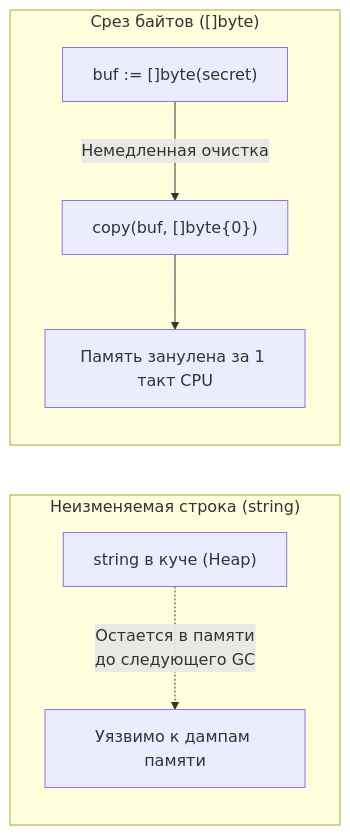
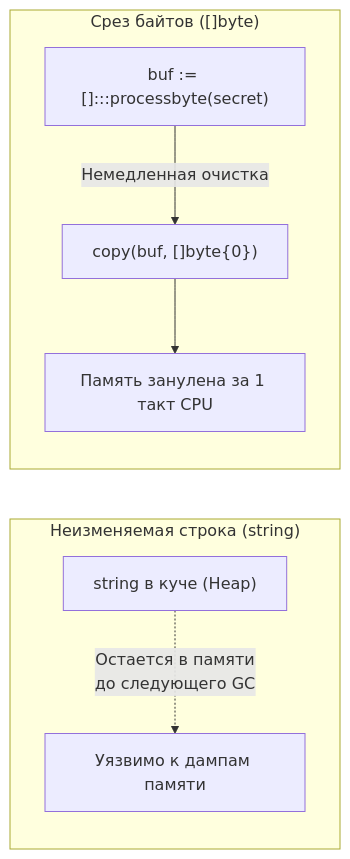
Before and after one commit to UnrealTemplier/go-textbook: the third of 3 diagrams in sources/14. Распределенные системы на Go/04. Микросервисы/10. Secrets management.md, drawn with Mermaid. The commit also changed other lines of this file and 1666 other files, not shown here.

First line of the commit message:
feat(mermaid): add semantic color classDef to 1369 colorless flowchart/graph diagrams

````diff
--- a/sources/14. Распределенные системы на Go/04. Микросервисы/10. Secrets management.md
+++ b/sources/14. Распределенные системы на Go/04. Микросервисы/10. Secrets management.md
@@ -81,11 +91,21 @@
 ```mermaid
 flowchart LR
+    classDef process  fill:#1e293b,stroke:#38bdf8,stroke-width:1px,color:#f8fafc
+    classDef success  fill:#064e3b,stroke:#34d399,stroke-width:1px,color:#f8fafc
+    classDef error    fill:#7f1d1d,stroke:#f87171,stroke-width:1px,color:#f8fafc
+    classDef warning  fill:#78350f,stroke:#fbbf24,stroke-width:1px,color:#f8fafc
+    classDef entry    fill:#1e3a5f,stroke:#38bdf8,stroke-width:2px,color:#f8fafc
+    classDef aux      fill:#334155,stroke:#64748b,stroke-width:1px,color:#f8fafc
+    classDef system   fill:#312e81,stroke:#a78bfa,stroke-width:1px,color:#f8fafc
+    classDef data     fill:#132d29,stroke:#2dd4bf,stroke-width:1px,color:#f8fafc
+    classDef network  fill:#881337,stroke:#fb7185,stroke-width:1px,color:#f8fafc
+    classDef accent   fill:#1e1b4b,stroke:#818cf8,stroke-width:1px,color:#f8fafc
     subgraph ImmutableStr["Неизменяемая строка (string)"]
         S["string в куче (Heap)"] -.->|"Остается в памяти<br/>до следующего GC"| Leak["Уязвимо к дампам памяти"]
     end
 
     subgraph WritableBuf["Срез байтов ([]byte)"]
-        B["buf := []byte(secret)"] -->|"Немедленная очистка"| Zero["copy(buf, []byte{0})"]
+        B["buf := []:::processbyte(secret)"] -->|"Немедленная очистка"| Zero["copy(buf, []byte{0})"]
         Zero --> Safe["Память занулена за 1 такт CPU"]
     end
 ```
````
